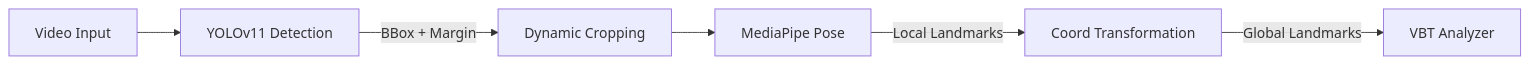
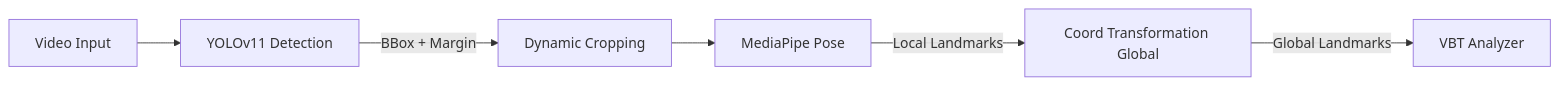
Before and after one commit to Hk22064/barbel_tracker: the first of 4 diagrams in README.md, drawn with Mermaid. The commit also changed other lines of this file, not shown here.

Commit message:
Fix: Remove parentheses from Mermaid labels to strictly resolve syntax errors

````diff
--- a/README.md
+++ b/README.md
@@ -45,8 +45,8 @@
 ```mermaid
 graph LR
     Input["Video Input"] --> YOLO["YOLOv11 Detection"]
     YOLO -->|"BBox + Margin"| Crop["Dynamic Cropping"]
     Crop --> MP["MediaPipe Pose"]
-    MP -->|"Local Landmarks"| Transform["Coord Transformation"]
+    MP -->|"Local Landmarks"| Transform["Coord Transformation Global"]
     Transform -->|"Global Landmarks"| Analyzer["VBT Analyzer"]
 ```
````
